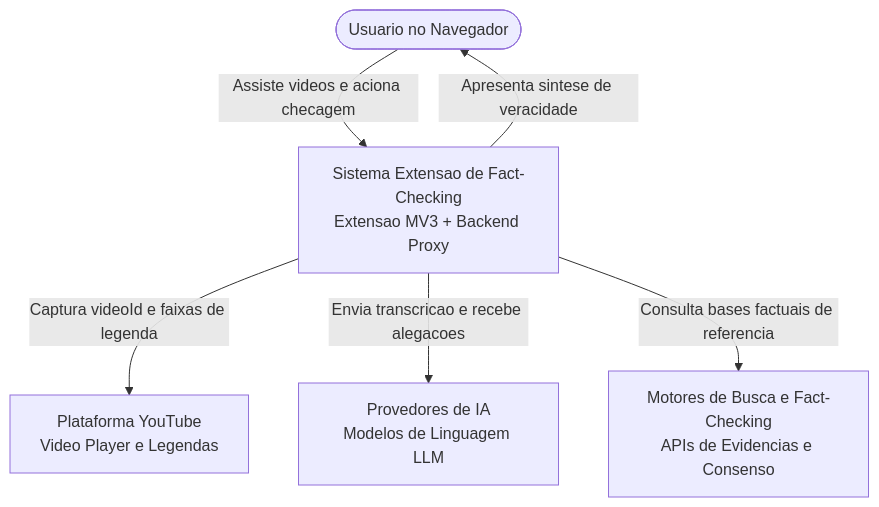
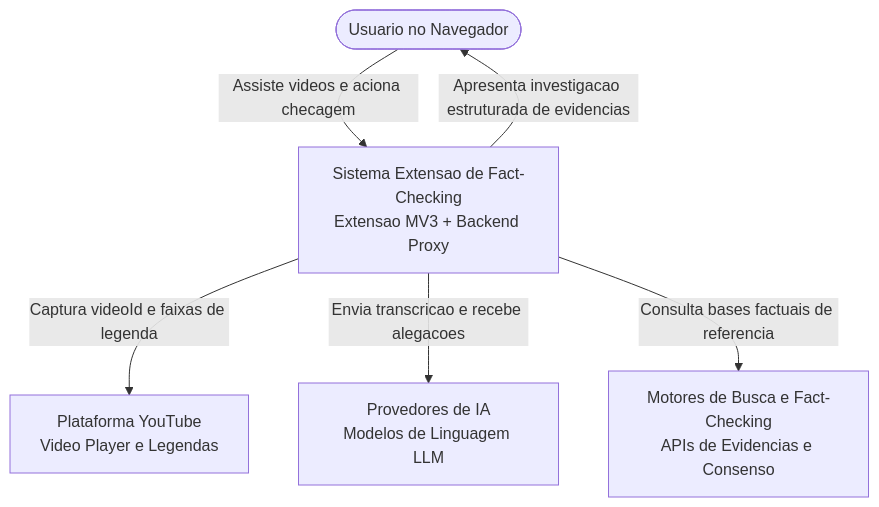
One commit to evidencia-grupo/documentation changed the first of 3 diagrams in docs/tecnico/arquitetura.md. Above: the diagram before and after it, drawn with Mermaid. The commit also changed other lines of this file and 9 other files, not shown here.

````diff
--- a/docs/tecnico/arquitetura.md
+++ b/docs/tecnico/arquitetura.md
@@ -32,14 +32,14 @@
 ```mermaid
 flowchart TB
     User([Usuario no Navegador])
     YouTube[Plataforma YouTube\nVideo Player e Legendas]
     ExtSystem[Sistema Extensao de Fact-Checking\nExtensao MV3 + Backend Proxy]
     AIProvider[Provedores de IA\nModelos de Linguagem LLM]
     SearchProvider[Motores de Busca e Fact-Checking\nAPIs de Evidencias e Consenso]
 
     User -->|Assiste videos e aciona checagem| ExtSystem
     ExtSystem -->|Captura videoId e faixas de legenda| YouTube
     ExtSystem -->|Envia transcricao e recebe alegacoes| AIProvider
     ExtSystem -->|Consulta bases factuais de referencia| SearchProvider
-    ExtSystem -->|Apresenta sintese de veracidade| User
+    ExtSystem -->|Apresenta investigacao estruturada de evidencias| User
 ```
````
